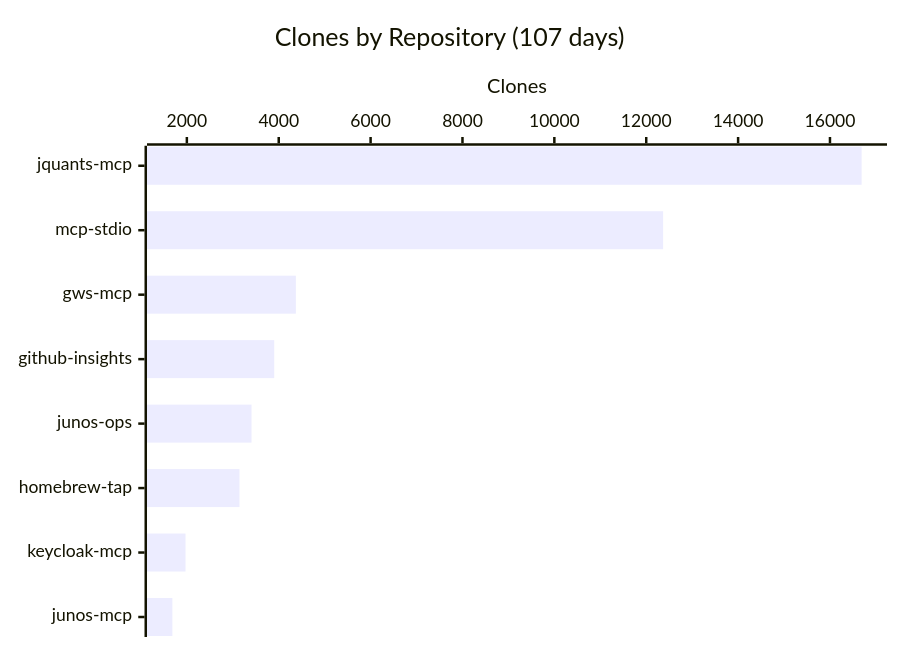
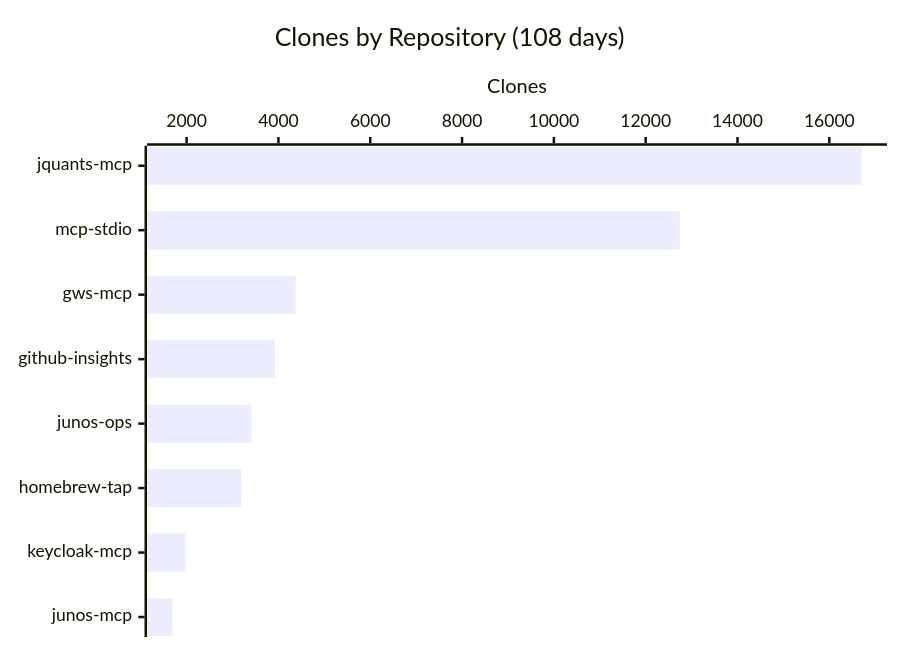
The third of 3 diagrams in README.md (shigechika/github-insights), drawn with Mermaid before and after one commit. The commit also changed other lines of this file and 2 other files, not shown here.

````diff
--- a/README.md
+++ b/README.md
@@ -43,7 +43,7 @@
 ```mermaid
 xychart-beta horizontal
-    title "Clones by Repository (107 days)"
+    title "Clones by Repository (108 days)"
     x-axis ["jquants-mcp", "mcp-stdio", "gws-mcp", "github-insights", "junos-ops", "homebrew-tap", "keycloak-mcp", "junos-mcp"]
     y-axis "Clones"
-    bar [16689, 12368, 4373, 3902, 3408, 3145, 1971, 1685]
+    bar [16704, 12745, 4375, 3923, 3409, 3183, 1973, 1690]
 ```
````
